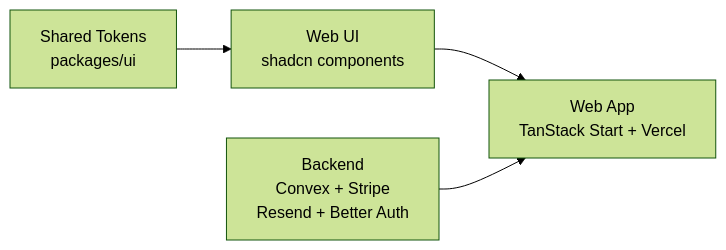
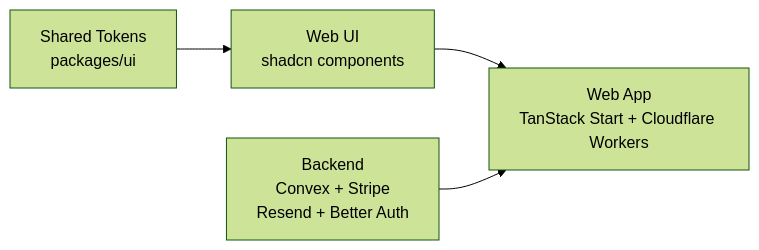
Before and after one commit to san-devistan/mui-master: the first of 2 diagrams in README.md, drawn with Mermaid (forest theme). The commit also changed other lines of this file and 16 other files, not shown here.

First line of the commit message:
Deploy the web app on Cloudflare Workers instead of Vercel

````diff
--- a/README.md
+++ b/README.md
@@ -3,10 +3,10 @@
 ```mermaid
 flowchart LR
-  Web["Web App<br/>TanStack Start + Vercel"]
+  Web["Web App<br/>TanStack Start + Cloudflare Workers"]
   Backend["Backend<br/>Convex + Stripe<br/>Resend + Better Auth"]
   Tokens["Shared Tokens<br/>packages/ui"]
   WebUI["Web UI<br/>shadcn components"]
 
   Tokens --> WebUI --> Web
   Backend --> Web
 ```
````
